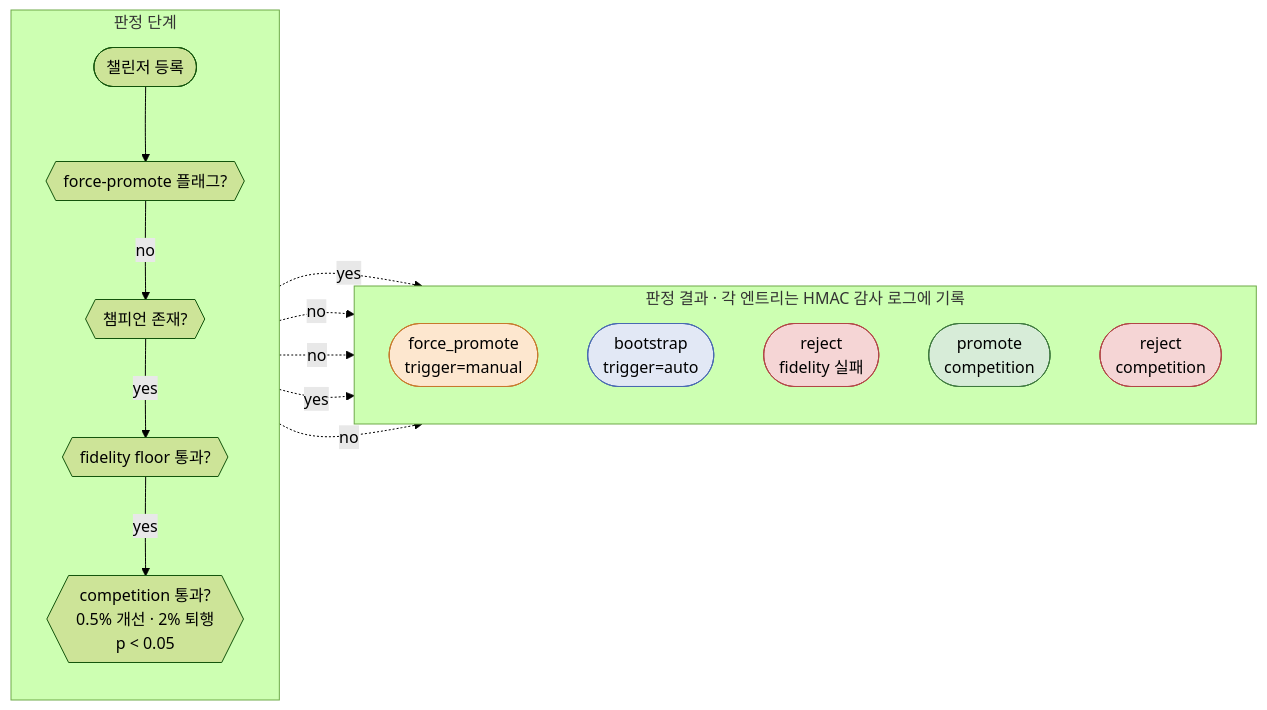
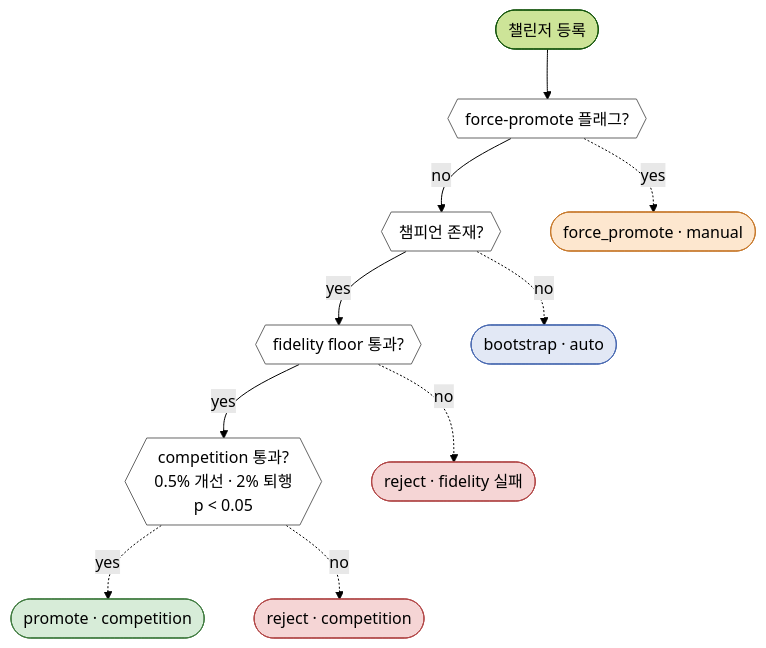
The diagram in src/content/posts/2026-04-21-mrm-ep2-champion-challenger-ko.md (bluethestyle/bluethestyle.github.io), drawn with Mermaid (forest theme) before and after one commit. The commit also changed other lines of this file and 1 other file, not shown here.

Commit message:
viz(mrm-2): back to TB, drop audit convergence for staircase layout
LR + subgraphs didn't hold the inner TB direction — decision spine
rendered diagonally, worse than before.

Reverting to plain TB flowchart with the audit-convergence node
removed. Without the convergence, Mermaid's rank assignment
naturally staircases each side-branch next to the spine node that
spawned it (rank 2: q2 + d1, rank 3: q3 + d2, etc.) giving at most
two nodes per row — ~260px per node in the 520px post column,
which lets the labels render at readable size. Audit invariant is
noted in prose immediately under the diagram.

Decision nodes styled with white fill so the hexagonal shape reads
clearly; outcomes keep their color coding.

````diff
--- a/src/content/posts/2026-04-21-mrm-ep2-champion-challenger-ko.md
+++ b/src/content/posts/2026-04-21-mrm-ep2-champion-challenger-ko.md
@@ -51,34 +51,33 @@
 ```mermaid
-flowchart LR
-  subgraph D [판정 단계]
-    direction TB
-    start([챌린저 등록])
-    q1{{"force-promote 플래그?"}}
-    q2{{"챔피언 존재?"}}
-    q3{{"fidelity floor 통과?"}}
-    q4{{"competition 통과?<br/>0.5% 개선 · 2% 퇴행<br/>p &lt; 0.05"}}
-    start --> q1
-    q1 -- no --> q2
-    q2 -- yes --> q3
-    q3 -- yes --> q4
-  end
-  subgraph O [판정 결과 · 각 엔트리는 HMAC 감사 로그에 기록]
-    direction TB
-    d1([force_promote<br/>trigger=manual])
-    d2([bootstrap<br/>trigger=auto])
-    d3([reject<br/>fidelity 실패])
-    d4a([promote<br/>competition])
-    d4b([reject<br/>competition])
-  end
+flowchart TB
+  start([챌린저 등록])
+  q1{{"force-promote 플래그?"}}
+  q2{{"챔피언 존재?"}}
+  q3{{"fidelity floor 통과?"}}
+  q4{{"competition 통과?<br/>0.5% 개선 · 2% 퇴행<br/>p &lt; 0.05"}}
+  d1([force_promote · manual])
+  d2([bootstrap · auto])
+  d3([reject · fidelity 실패])
+  d4a([promote · competition])
+  d4b([reject · competition])
+
+  start --> q1
+  q1 -- no --> q2
+  q2 -- yes --> q3
+  q3 -- yes --> q4
   q1 -. yes .-> d1
   q2 -. no .-> d2
   q3 -. no .-> d3
   q4 -. yes .-> d4a
   q4 -. no .-> d4b
 
+  style q1 fill:#FFF,stroke:#666
+  style q2 fill:#FFF,stroke:#666
+  style q3 fill:#FFF,stroke:#666
+  style q4 fill:#FFF,stroke:#666
   style d1 fill:#FDE7CF,stroke:#C77A2E
   style d2 fill:#E2E8F5,stroke:#4A6AB1
   style d3 fill:#F5D5D5,stroke:#B14747
   style d4a fill:#D7ECD8,stroke:#3F7A3F
   style d4b fill:#F5D5D5,stroke:#B14747
 ```
````
